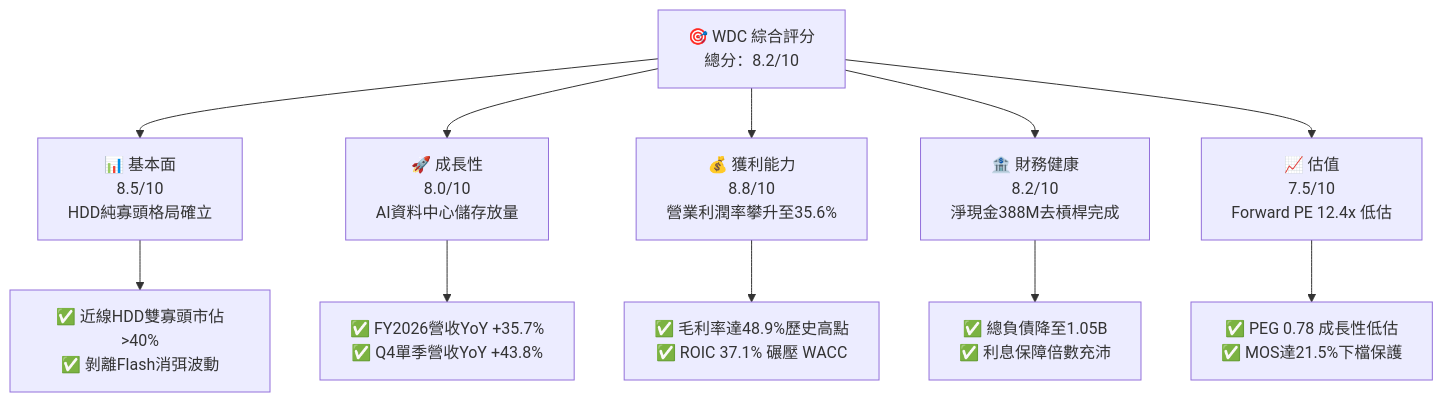
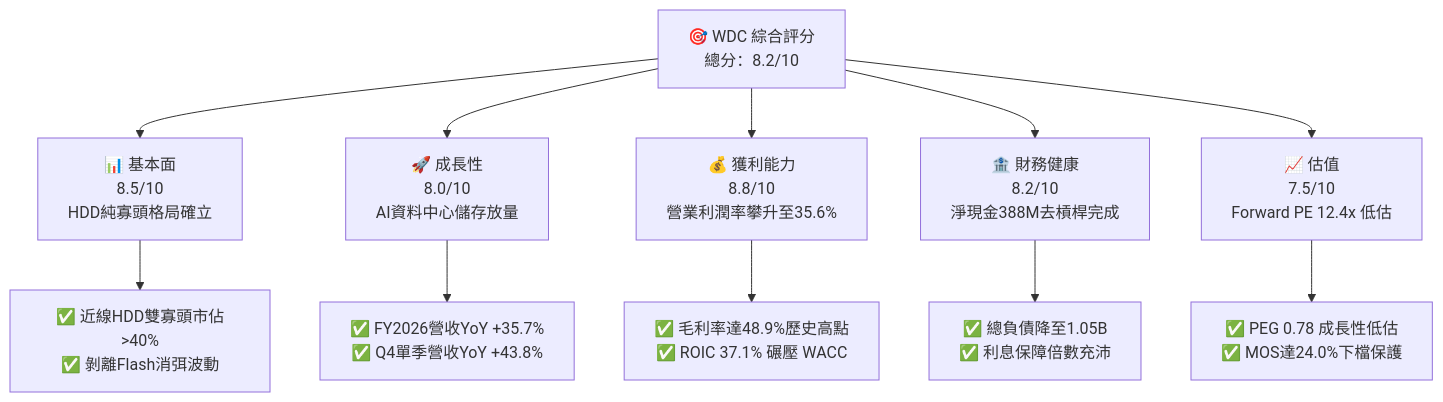
Before and after one commit to yennanliu/finance_data: the first of 15 diagrams in ai_gen_report/fundamental/wdc/fundamental_analysis_2026-10-10_gemini.md, drawn with Mermaid. The commit also changed other lines of this file and 339 other files, not shown here.

````diff
--- a/ai_gen_report/fundamental/wdc/fundamental_analysis_2026-10-10_gemini.md
+++ b/ai_gen_report/fundamental/wdc/fundamental_analysis_2026-10-10_gemini.md
@@ -65,22 +72,22 @@
 ```mermaid
 graph TD
     TICKER["🎯 WDC 綜合評分<br/>總分：8.2/10"]
 
     F["📊 基本面<br/>8.5/10<br/>HDD純寡頭格局確立"]
     G["🚀 成長性<br/>8.0/10<br/>AI資料中心儲存放量"]
     P["💰 獲利能力<br/>8.8/10<br/>營業利潤率攀升至35.6%"]
     B["🏦 財務健康<br/>8.2/10<br/>淨現金388M去槓桿完成"]
     V["📈 估值<br/>7.5/10<br/>Forward PE 12.4x 低估"]
 
     TICKER --> F
     TICKER --> G
     TICKER --> P
     TICKER --> B
     TICKER --> V
 
     F --> F1["✅ 近線HDD雙寡頭市佔>40%<br/>✅ 剝離Flash消弭波動"]
     G --> G1["✅ FY2026營收YoY +35.7%<br/>✅ Q4單季營收YoY +43.8%"]
     P --> P1["✅ 毛利率達48.9%歷史高點<br/>✅ ROIC 37.1% 碾壓 WACC"]
     B --> B1["✅ 總負債降至1.05B<br/>✅ 利息保障倍數充沛"]
-    V --> V1["✅ PEG 0.78 成長性低估<br/>✅ MOS達21.5%下檔保護"]
+    V --> V1["✅ PEG 0.78 成長性低估<br/>✅ MOS達24.0%下檔保護"]
 ```
````
